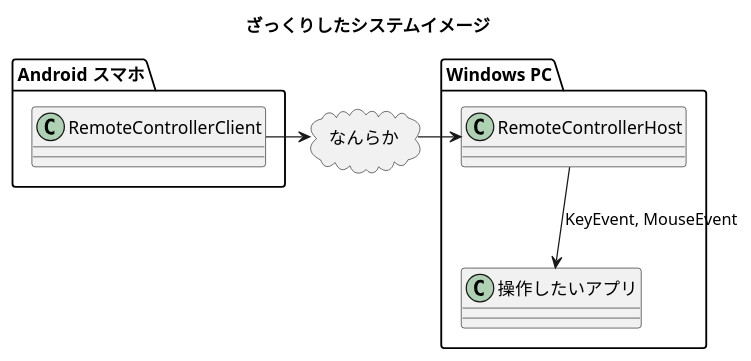
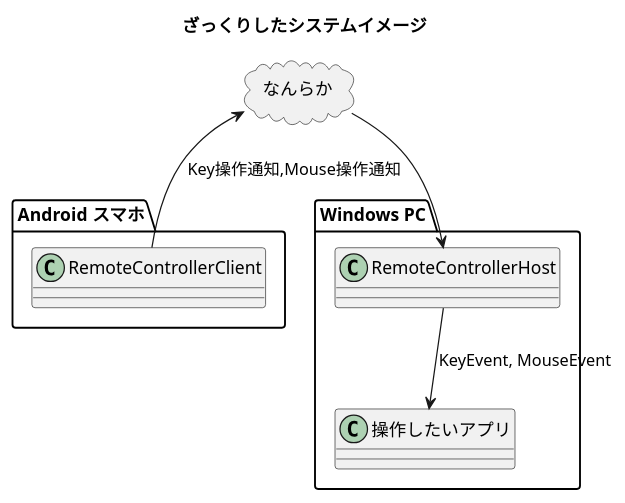
Before and after one commit to entan05/RemoteController: the diagram in doc/plantuml/全体のシステムイメージ.wsd, drawn with PlantUML. The commit also changed 1 other file, not shown here.

```diff
--- a/doc/plantuml/全体のシステムイメージ.wsd
+++ b/doc/plantuml/全体のシステムイメージ.wsd
@@ -1,23 +1,23 @@
 @startuml
 title ざっくりしたシステムイメージ
 
 package "Android スマホ" {
     class "RemoteControllerClient" as rcc
 }
 
 cloud "なんらか" {
 
 }
 
 package "Windows PC" {
     class "RemoteControllerHost" as rch
     class "操作したいアプリ"
 
     rch -down-> "操作したいアプリ" : KeyEvent, MouseEvent
 }
 
-rcc -right-> "なんらか"
+rcc -up-> "なんらか" : Key操作通知,Mouse操作通知
 
-"なんらか" -right-> rch
+"なんらか" -down-> rch
 
 @enduml
```
